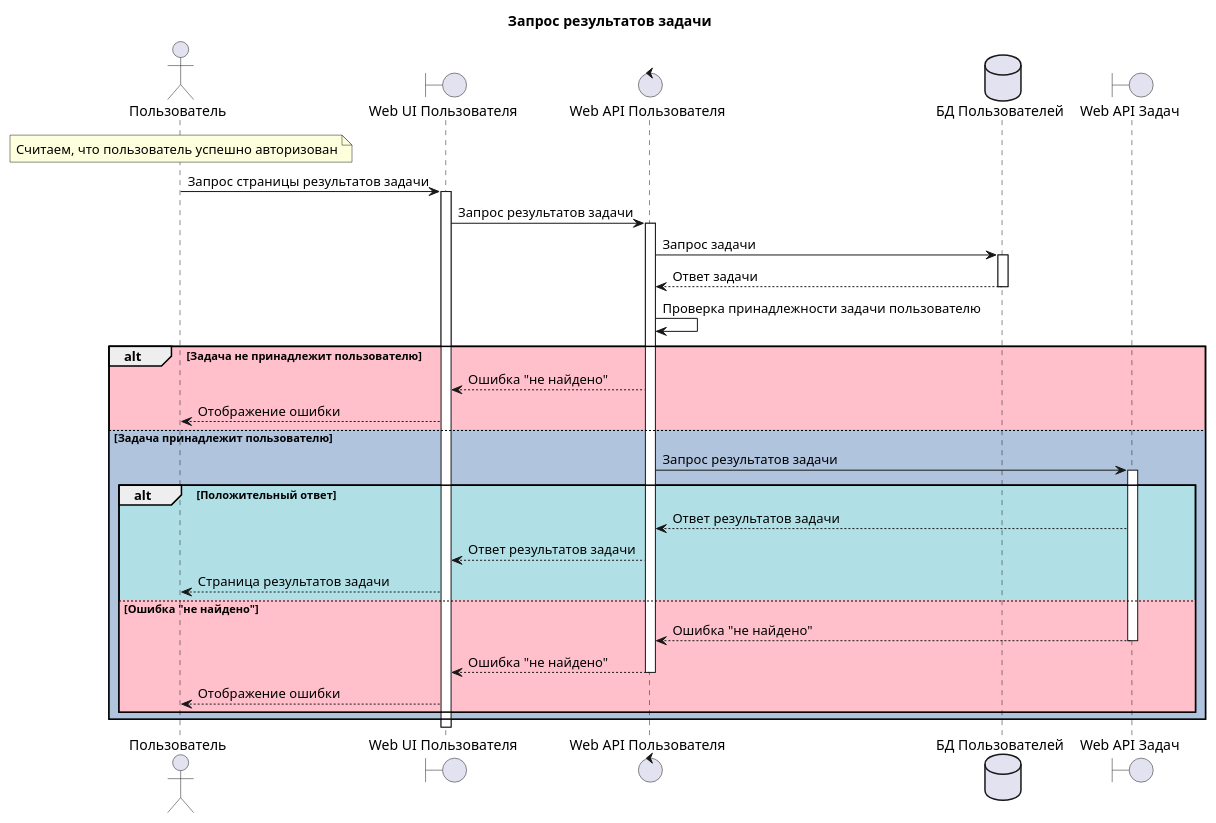
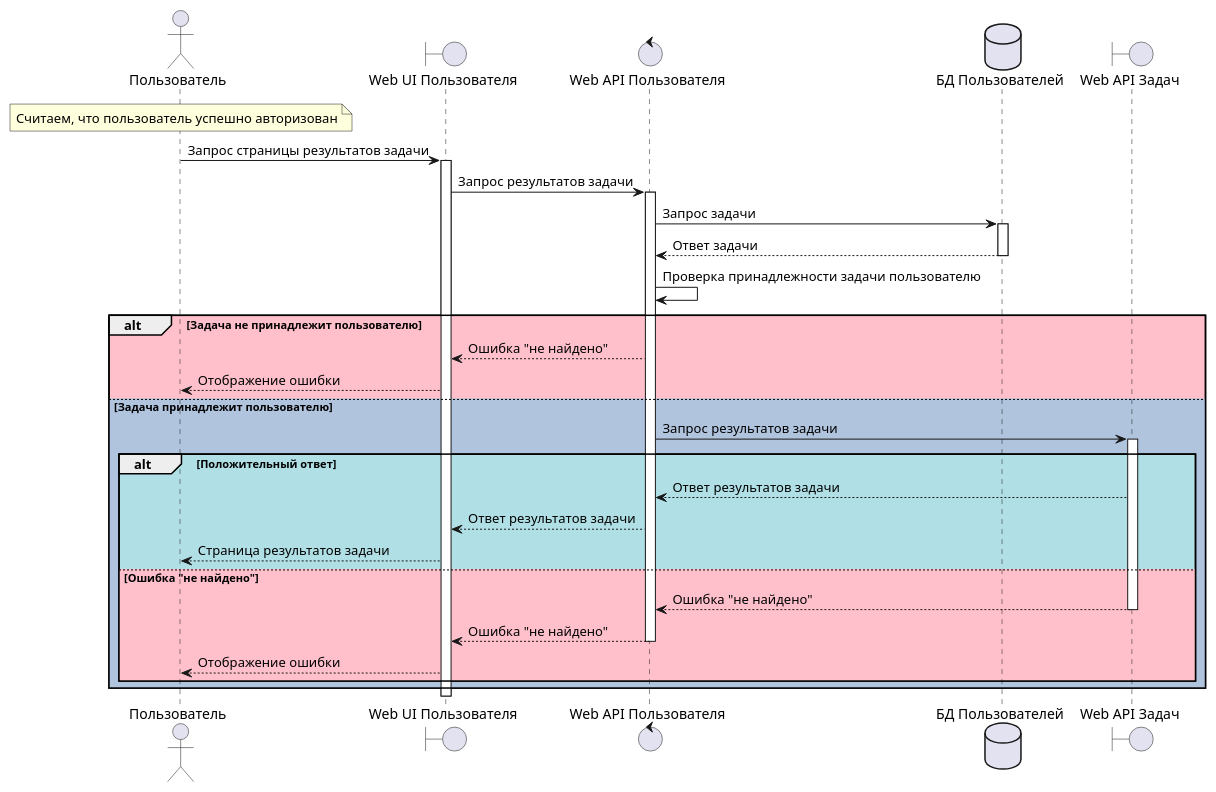
One commit to mrypdm/JobSystem changed the fifth of 5 diagrams in docs/diagrams/sequence/User.WebApp.puml. Above: the diagram before and after it, drawn with PlantUML. The commit also changed other lines of this file and 19 other files, not shown here.

```diff
--- a/docs/diagrams/sequence/User.WebApp.puml
+++ b/docs/diagrams/sequence/User.WebApp.puml
@@ -170,44 +162,42 @@
 @startuml User job
-
-title Запрос результатов задачи
 
 actor Пользователь as USER
 note over USER: Считаем, что пользователь успешно авторизован
 
 boundary "Web UI Пользователя" as UI
 control "Web API Пользователя" as API
 database "БД Пользователей" as DB
 boundary "Web API Задач" as JOBS
 
 USER -> UI++: Запрос страницы результатов задачи
 UI -> API++: Запрос результатов задачи
 API -> DB++: Запрос задачи
 DB --> API--: Ответ задачи
 API -> API: Проверка принадлежности задачи пользователю
 
 alt #Pink Задача не принадлежит пользователю
 
     API --> UI: Ошибка "не найдено"
     UI --> USER: Отображение ошибки
 
 else #LightSteelBlue Задача принадлежит пользователю
 
     API -> JOBS++: Запрос результатов задачи
 
     alt #PowderBlue Положительный ответ
 
         JOBS --> API: Ответ результатов задачи
         API --> UI: Ответ результатов задачи
         UI --> USER: Страница результатов задачи
 
     else #Pink Ошибка "не найдено"
 
         JOBS --> API--: Ошибка "не найдено"
         API --> UI--: Ошибка "не найдено"
         UI --> USER: Отображение ошибки
 
     end
 
 end
 
 @enduml
```
